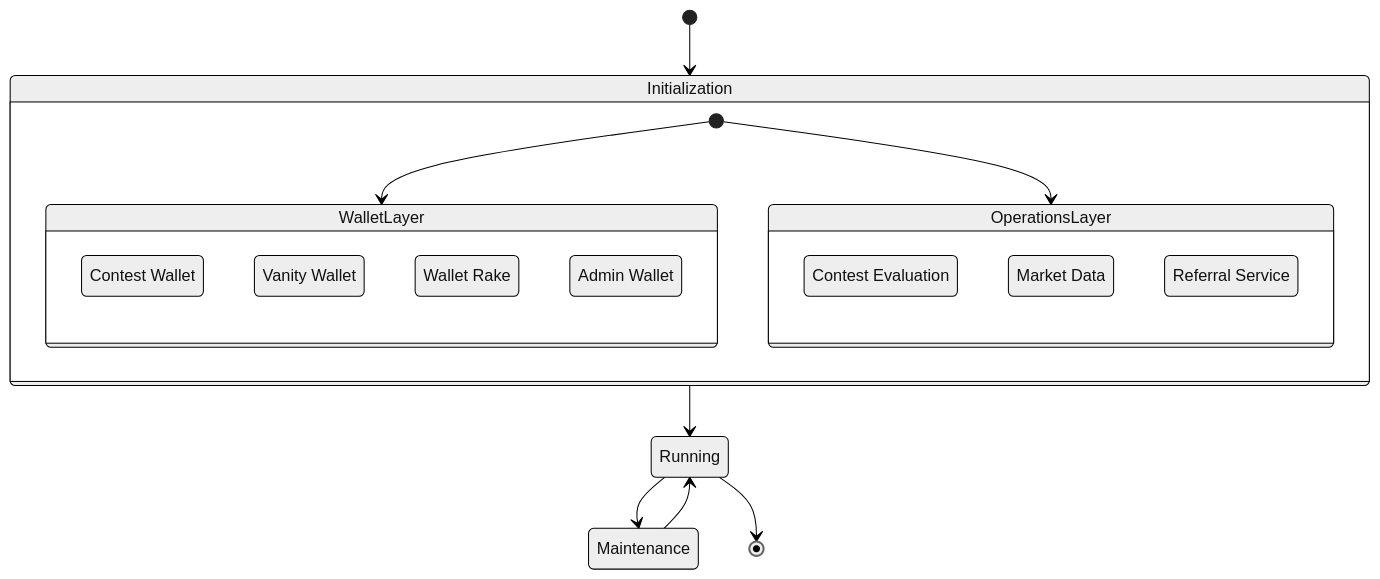
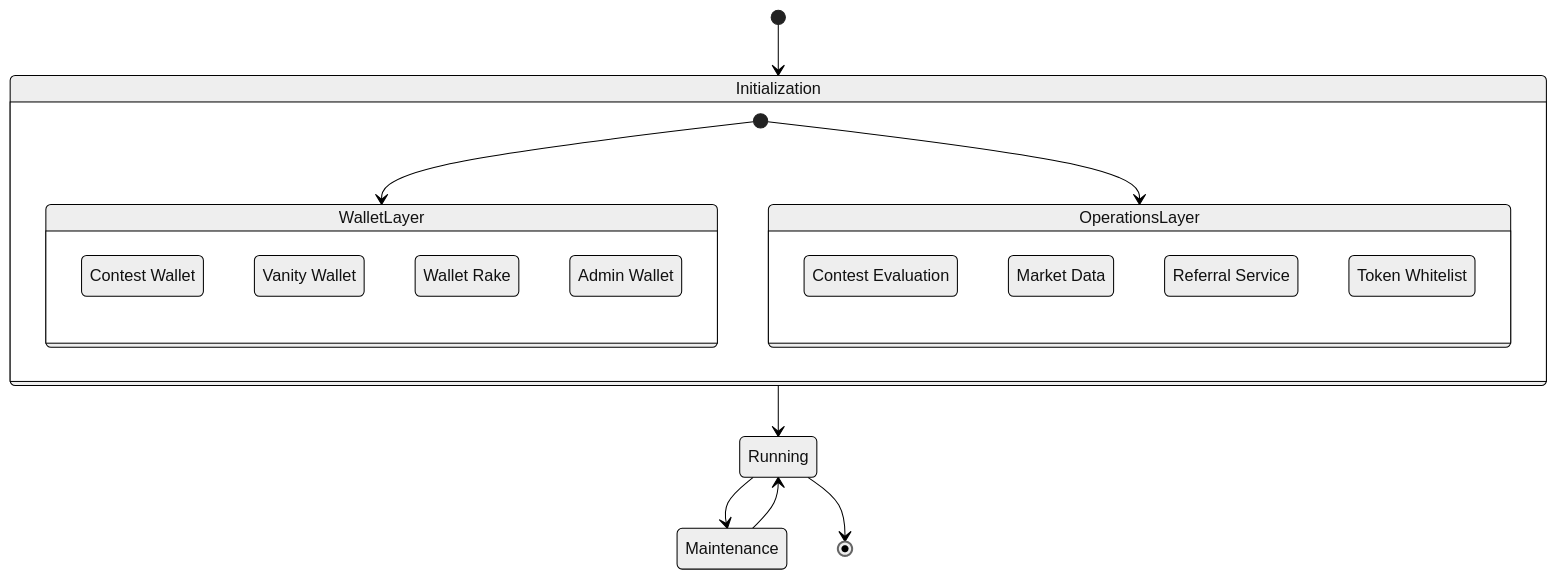
Before and after one commit to BranchManager69/degenduel: the fourth of 14 diagrams in docs_important/Core Services/_MASTER - DEGENDUEL SERVICE ARCHITECTURE.md, drawn with Mermaid (neutral theme). The commit also changed other lines of this file and 11 other files, not shown here.

First line of the commit message:
Add Token Whitelist Service for token validation and management

````diff
--- a/docs_important/Core Services/_MASTER - DEGENDUEL SERVICE ARCHITECTURE.md
+++ b/docs_important/Core Services/_MASTER - DEGENDUEL SERVICE ARCHITECTURE.md
@@ -137,27 +142,28 @@
 ```mermaid
 stateDiagram-v2
     [*] --> Initialization
     
     state Initialization {
         [*] --> WalletLayer
         [*] --> OperationsLayer
     }
     
     state WalletLayer {
         CW: Contest Wallet
         VW: Vanity Wallet
         WR: Wallet Rake
         AW: Admin Wallet
     }
     
     state OperationsLayer {
         CE: Contest Evaluation
         MD: Market Data
         RF: Referral Service
+        WL: Token Whitelist
     }
     
     Initialization --> Running
     Running --> Maintenance
     Maintenance --> Running
     Running --> [*]
 ```
````
